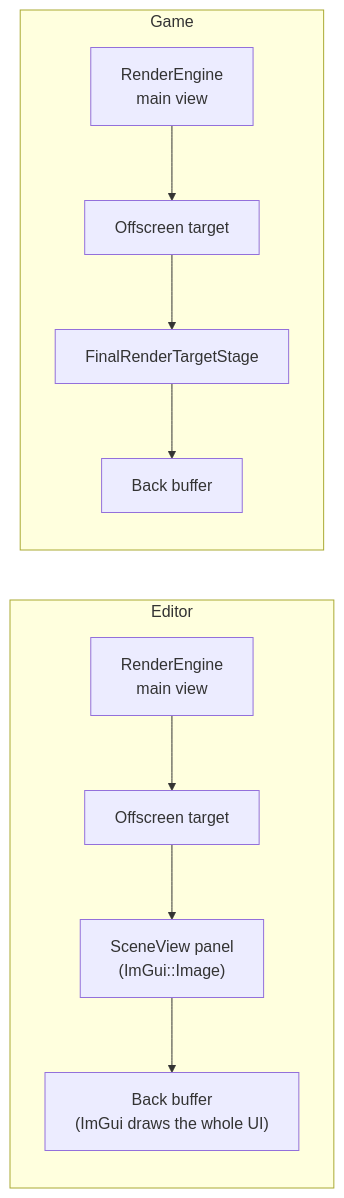
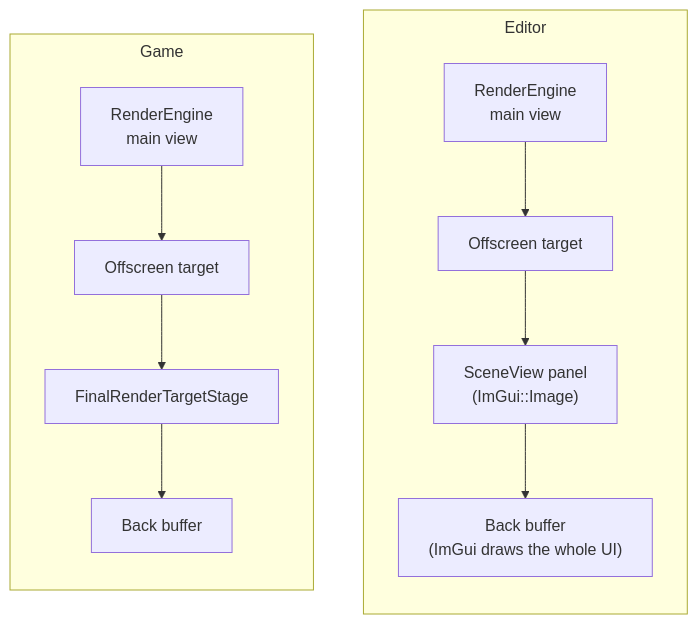
Before and after one commit to b1nary0/RZE: the third of 3 diagrams in Docs/Generated/Engine/07-Editor/Editor-Overview.md, drawn with Mermaid. The commit also changed other lines of this file and 21 other files, not shown here.

First line of the commit message:
Fix diagrams that failed to render or hid their own text

````diff
--- a/Docs/Generated/Engine/07-Editor/Editor-Overview.md
+++ b/Docs/Generated/Engine/07-Editor/Editor-Overview.md
@@ -94,13 +96,16 @@
 ```mermaid
-flowchart LR
+%%{init: {'flowchart': {'subGraphTitleMargin': {'top': 6, 'bottom': 10}}, 'themeCSS': '.labelBkg, .edgeLabel { background-color: var(--background-primary) !important; } .messageText, .labelText, .loopText { paint-order: stroke; stroke: var(--background-primary); stroke-width: 5px; stroke-linejoin: round; }'}}%%
+flowchart TD
     subgraph Editor
+        direction TB
         E_RE["RenderEngine<br/>main view"] --> E_RTT["Offscreen target"]
         E_RTT --> E_Panel["SceneView panel<br/>(ImGui::Image)"]
         E_Panel --> E_BB["Back buffer<br/>(ImGui draws the whole UI)"]
     end
     subgraph Game
+        direction TB
         G_RE["RenderEngine<br/>main view"] --> G_RTT["Offscreen target"]
         G_RTT --> G_Final["FinalRenderTargetStage"]
         G_Final --> G_BB["Back buffer"]
     end
 ```
````
